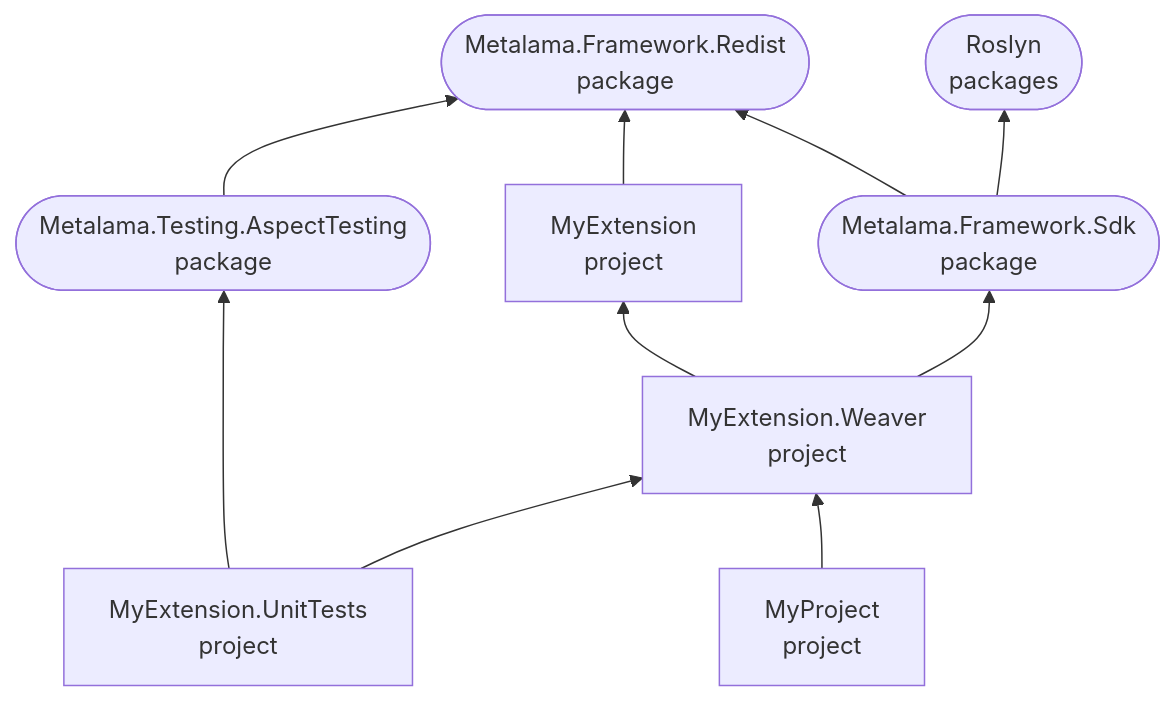
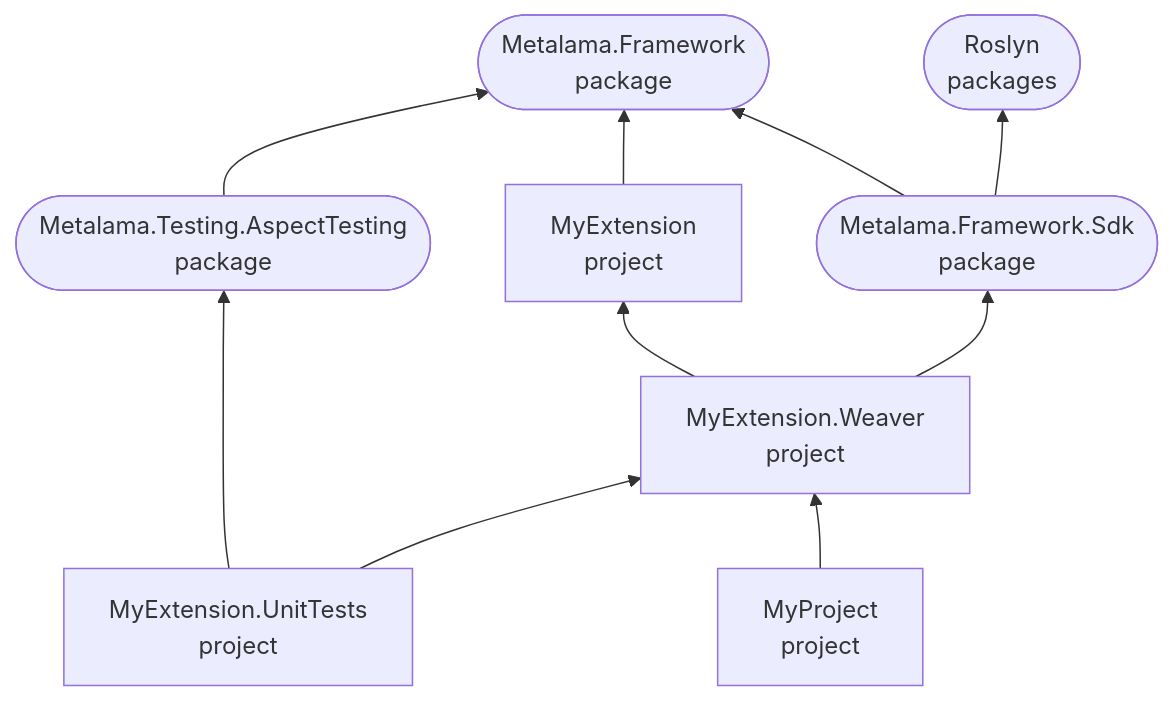
The diagram in content/conceptual/sdk/scaffolding.md (postsharp/Metalama.Documentation), drawn with Mermaid before and after one commit. The commit also changed other lines of this file and 2 other files, not shown here.

````diff
--- a/content/conceptual/sdk/scaffolding.md
+++ b/content/conceptual/sdk/scaffolding.md
@@ -19,22 +19,22 @@
 ```mermaid
 graph BT
 
     MyExtension.UnitTests --> MyExtension.Weaver
     MyExtension.UnitTests --> Metalama.Testing.AspectTesting
     MyExtension.Weaver --> MyExtension
     MyExtension.Weaver --> Metalama.Framework.Sdk
     Metalama.Framework.Sdk --> Roslyn
-    Metalama.Testing.AspectTesting --> Metalama.Framework.Redist
-    MyExtension --> Metalama.Framework.Redist
+    Metalama.Testing.AspectTesting --> Metalama.Framework
+    MyExtension --> Metalama.Framework
     MyProject --> MyExtension.Weaver
-    Metalama.Framework.Sdk --> Metalama.Framework.Redist
+    Metalama.Framework.Sdk --> Metalama.Framework
 
     Metalama.Framework.Sdk([Metalama.Framework.Sdk<br/>package])
     Roslyn([Roslyn<br/>packages])
-    Metalama.Framework.Redist([Metalama.Framework.Redist<br/>package])
+    Metalama.Framework([Metalama.Framework<br/>package])
     Metalama.Testing.AspectTesting([Metalama.Testing.AspectTesting<br/>package])
     MyExtension[MyExtension<br/>project]
     MyExtension.Weaver[MyExtension.Weaver<br/>project]
     MyExtension.UnitTests[MyExtension.UnitTests<br/>project]
     MyProject[MyProject<br/>project]
 ```
````
